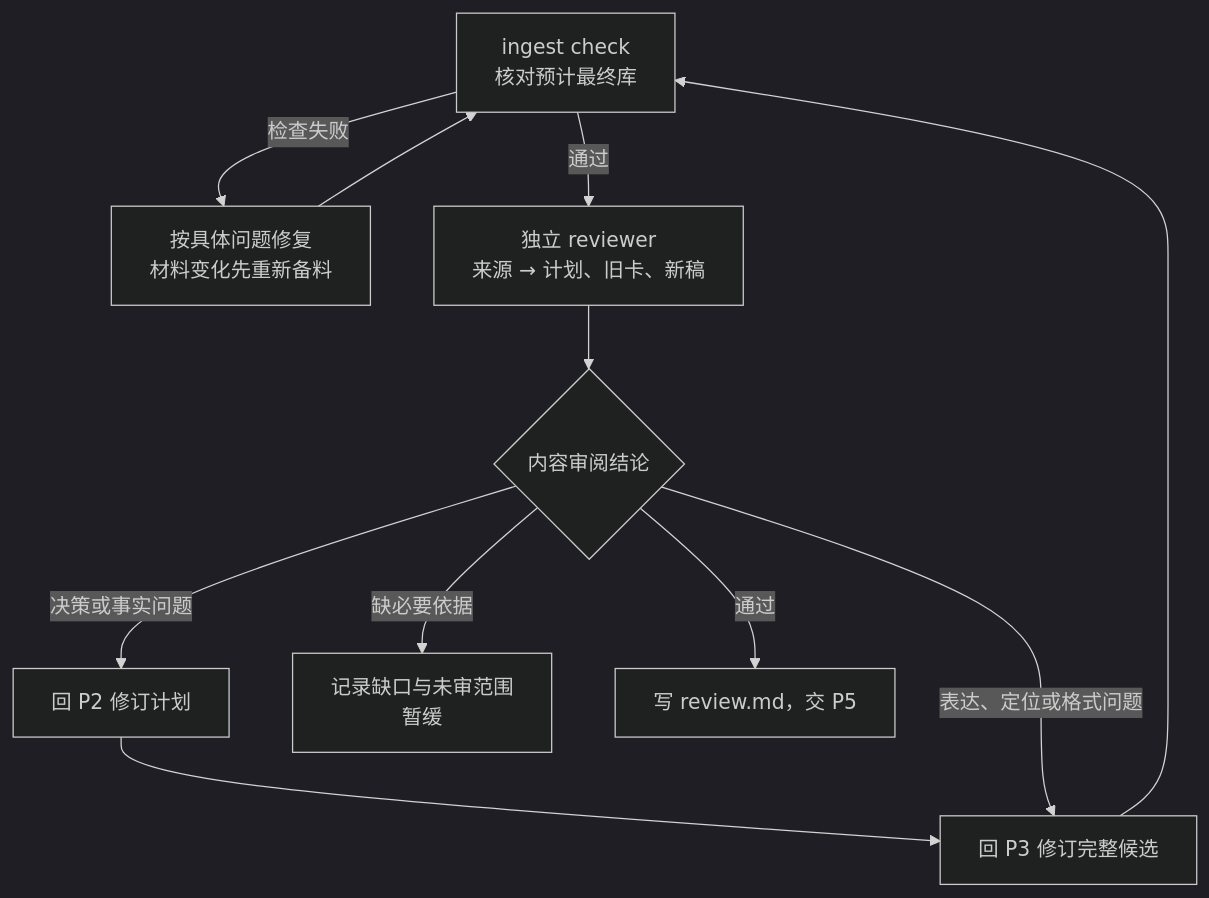
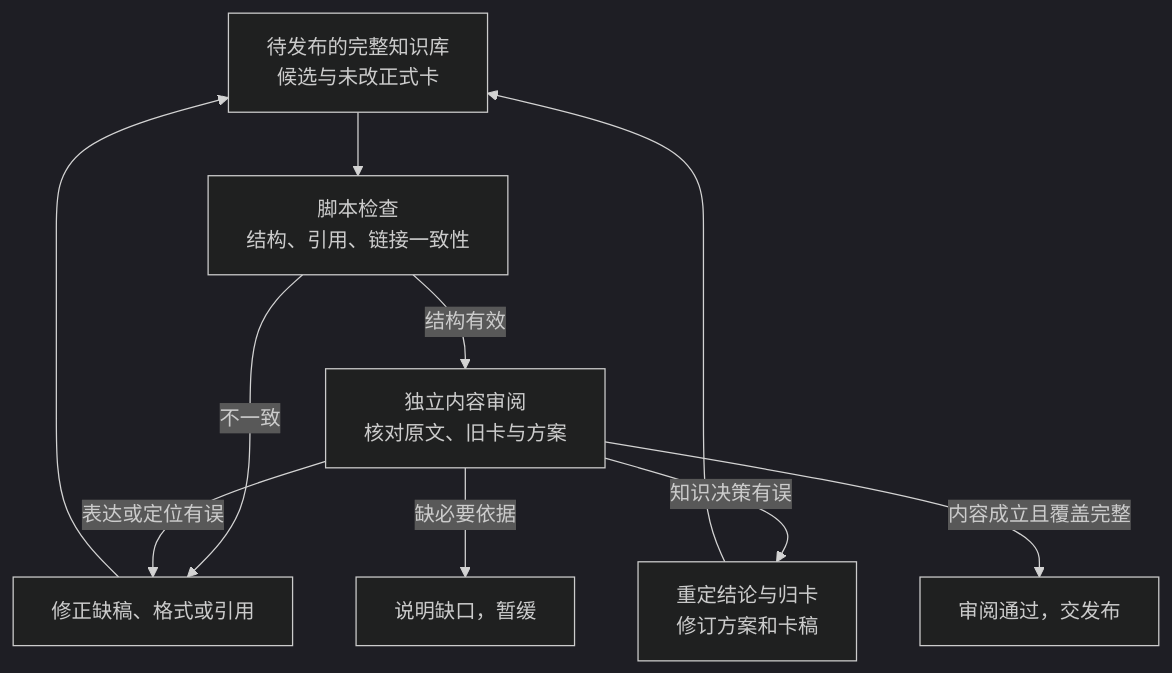
The sixth of 7 diagrams in himate/himate-knowledge-wifi-mp/docs-llm-wiki/知识库详细设计.md (Robin-hhc/FactumCore), drawn with Mermaid (dark theme) before and after one commit. The commit also changed other lines of this file, not shown here.

First line of the commit message:
docs: explain search and ingest with logical diagrams

````diff
--- a/himate/himate-knowledge-wifi-mp/docs-llm-wiki/知识库详细设计.md
+++ b/himate/himate-knowledge-wifi-mp/docs-llm-wiki/知识库详细设计.md
@@ -262,13 +230,12 @@
 ```mermaid
 flowchart TD
-    A["ingest check<br/>核对预计最终库"] -->|检查失败| F["按具体问题修复<br/>材料变化先重新备料"]
-    F --> A
-    A -->|通过| B["独立 reviewer<br/>来源 → 计划、旧卡、新稿"]
-    B --> C{"内容审阅结论"}
-    C -->|决策或事实问题| P2["回 P2 修订计划"]
-    P2 --> P3["回 P3 修订完整候选"]
-    C -->|表达、定位或格式问题| P3
-    P3 --> A
-    C -->|缺必要依据| D["记录缺口与未审范围<br/>暂缓"]
-    C -->|通过| P5["写 review.md，交 P5"]
+    A["待发布的完整知识库<br/>候选与未改正式卡"] --> B["脚本检查<br/>结构、引用、链接一致性"]
+    B -->|不一致| R["修正缺稿、格式或引用"]
+    R --> A
+    B -->|结构有效| C["独立内容审阅<br/>核对原文、旧卡与方案"]
+    C -->|知识决策有误| P["重定结论与归卡<br/>修订方案和卡稿"]
+    P --> A
+    C -->|表达或定位有误| R
+    C -->|缺必要依据| D["说明缺口，暂缓"]
+    C -->|内容成立且覆盖完整| E["审阅通过，交发布"]
 ```
````
